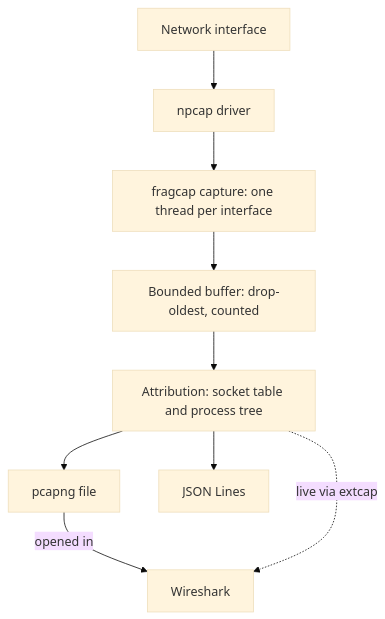
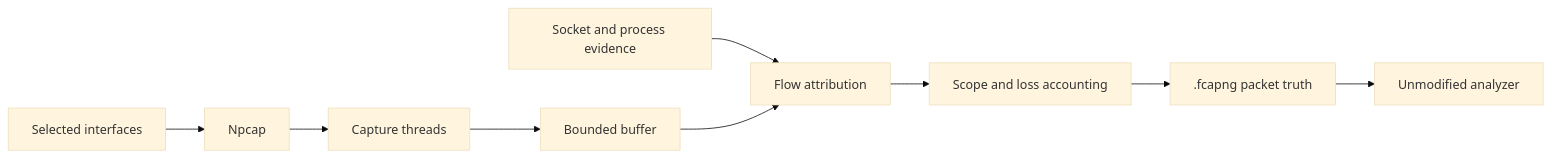
The first of 2 diagrams in site/content/docs/architecture.mdx (h8rt3rmin8r/fragcap), drawn with Mermaid (base theme) before and after one commit. The commit also changed other lines of this file and 10 other files, not shown here.

First line of the commit message:
docs(architecture): document Deep Capture execution and trust boundaries (#260)

````diff
--- a/site/content/docs/architecture.mdx
+++ b/site/content/docs/architecture.mdx
@@ -78,16 +14,11 @@
 ```mermaid
-flowchart TD
-  nic["Network interface"]
-  npcap["npcap driver"]
-  cap["fragcap capture: one thread per interface"]
-  buf["Bounded buffer: drop-oldest, counted"]
-  attr["Attribution: socket table and process tree"]
-  pcapng["pcapng file"]
-  jsonl["JSON Lines"]
-  ws["Wireshark"]
-  nic --> npcap --> cap --> buf --> attr
-  attr --> pcapng
-  attr --> jsonl
-  pcapng -->|opened in| ws
-  attr -.->|live via extcap| ws
+flowchart LR
+  nic["Selected interfaces"] --> npcap["Npcap"]
+  npcap --> threads["Capture threads"]
+  threads --> buffer["Bounded buffer"]
+  evidence["Socket and process evidence"] --> attr["Flow attribution"]
+  buffer --> attr
+  attr --> scope["Scope and loss accounting"]
+  scope --> packets[".fcapng packet truth"]
+  packets --> analyzer["Unmodified analyzer"]
 ```
````
